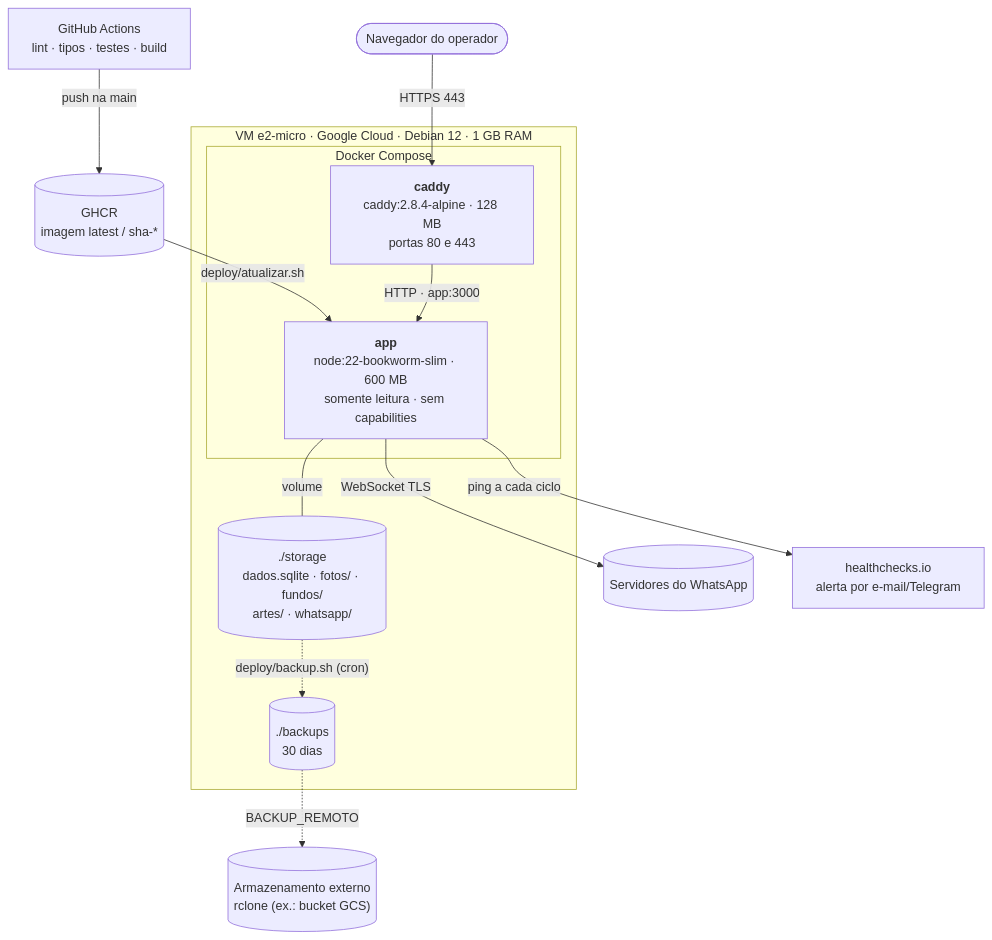
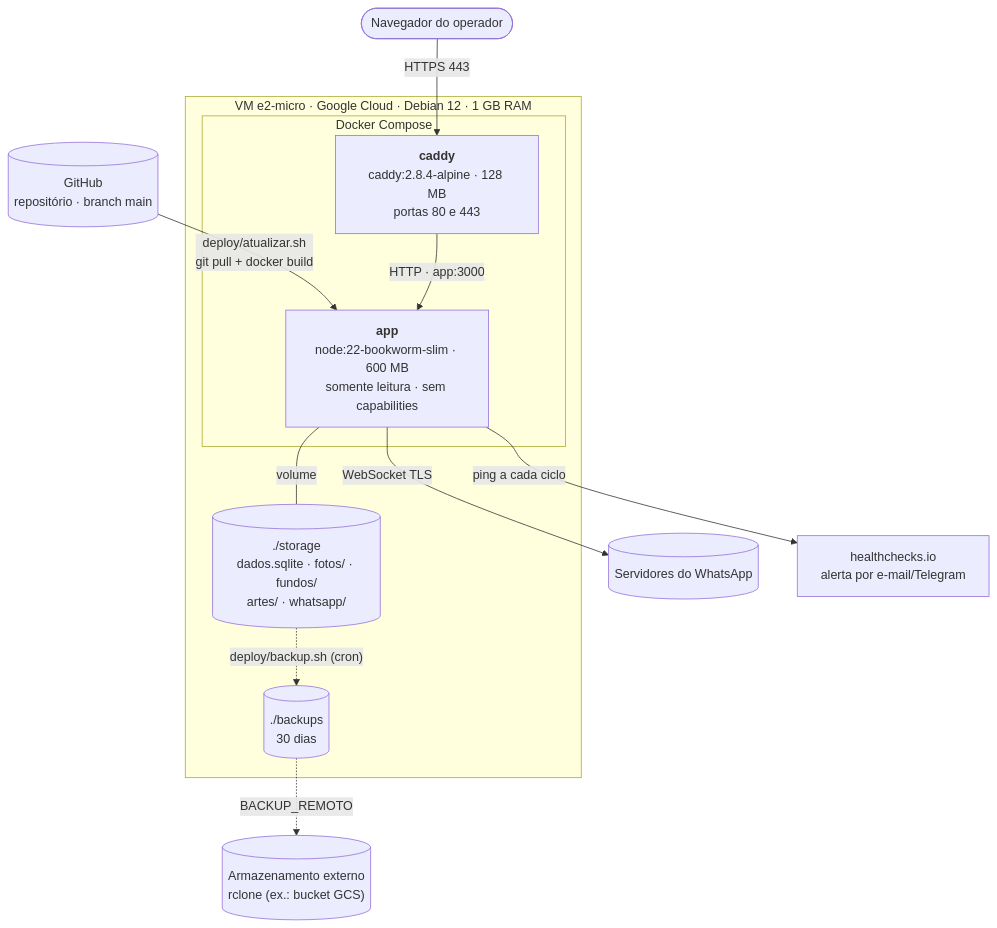
One commit to ssiury/AniversariosAutomatizados changed the second of 8 diagrams in docs/arquitetura.md. Above: the diagram before and after it, drawn with Mermaid. The commit also changed other lines of this file and 7 other files, not shown here.

````diff
--- a/docs/arquitetura.md
+++ b/docs/arquitetura.md
@@ -220,28 +222,26 @@
 ```mermaid
 flowchart TB
     navegador(["Navegador do operador"])
     wa[("Servidores do WhatsApp")]
-    gh["GitHub Actions<br/>lint · tipos · testes · build"]
-    ghcr[("GHCR<br/>imagem latest / sha-*")]
+    gh[("GitHub<br/>repositório · branch main")]
     hc["healthchecks.io<br/>alerta por e-mail/Telegram"]
     nuvem[("Armazenamento externo<br/>rclone (ex.: bucket GCS)")]
 
     subgraph vm["VM e2-micro · Google Cloud · Debian 12 · 1 GB RAM"]
         subgraph compose["Docker Compose"]
             caddy["<b>caddy</b><br/>caddy:2.8.4-alpine · 128 MB<br/>portas 80 e 443"]
             app["<b>app</b><br/>node:22-bookworm-slim · 600 MB<br/>somente leitura · sem capabilities"]
         end
         storage[("./storage<br/>dados.sqlite · fotos/ · fundos/<br/>artes/ · whatsapp/")]
         backups[("./backups<br/>30 dias")]
     end
 
-    gh -- "push na main" --> ghcr
-    ghcr -- "deploy/atualizar.sh" --> app
+    gh -- "deploy/atualizar.sh<br/>git pull + docker build" --> app
     navegador -- "HTTPS 443" --> caddy
     caddy -- "HTTP · app:3000" --> app
     app -- "volume" --- storage
     app -- "WebSocket TLS" --> wa
     app -- "ping a cada ciclo" --> hc
     storage -. "deploy/backup.sh (cron)" .-> backups
     backups -. "BACKUP_REMOTO" .-> nuvem
 ```
````
